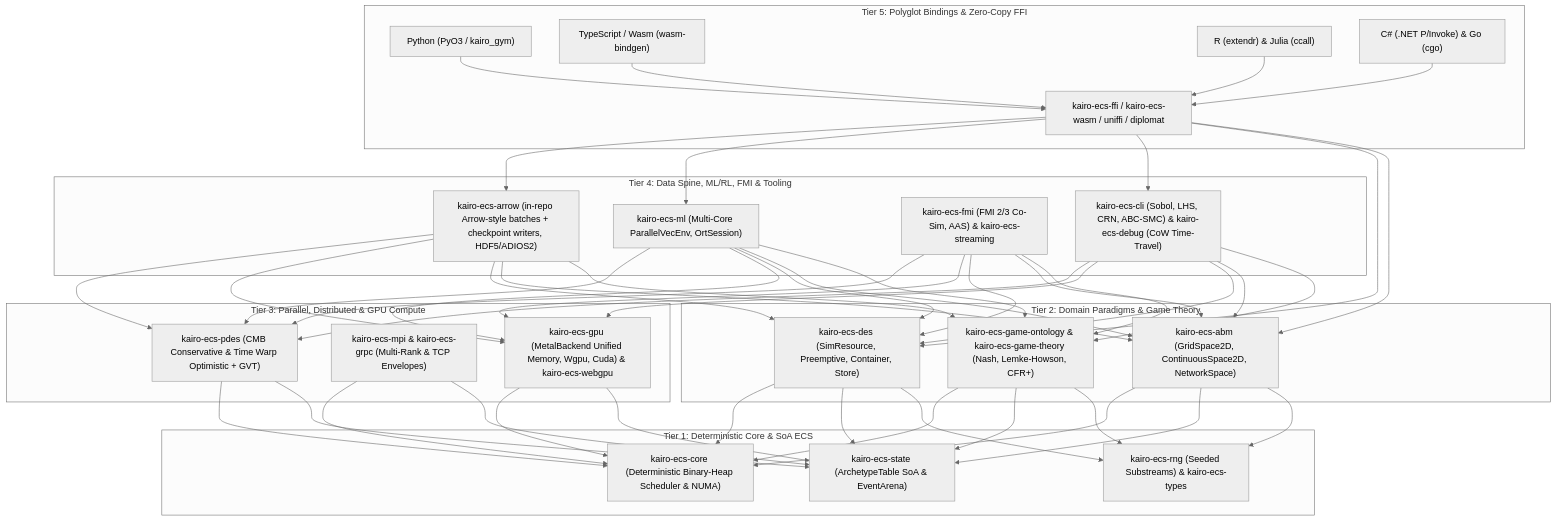
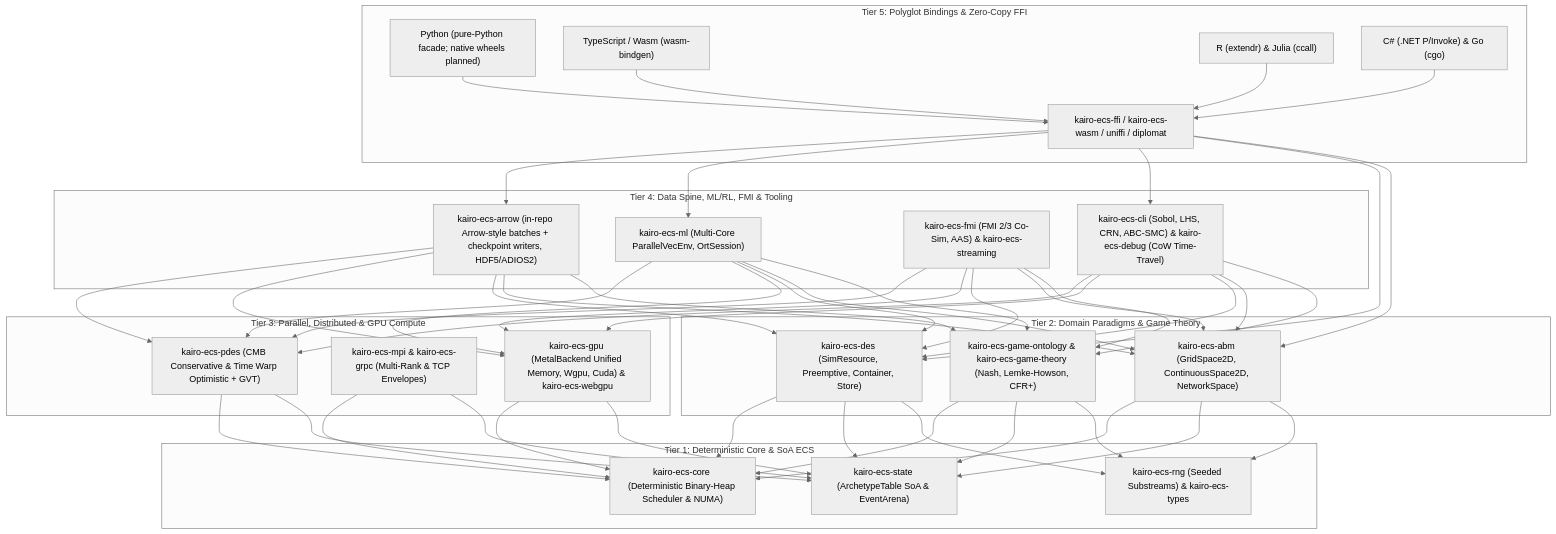
One commit to edithatogo/kairos changed the diagram in website/src/content/docs/architecture.md. Above: the diagram before and after it, drawn with Mermaid (neutral theme). The commit also changed other lines of this file and 1 other file, not shown here.

Commit message:
docs: remove remaining kairo_gym/PyO3/Arrow 53 overclaims

````diff
--- a/website/src/content/docs/architecture.md
+++ b/website/src/content/docs/architecture.md
@@ -70,41 +70,41 @@
 ```mermaid
 flowchart TD
     subgraph T5["Tier 5: Polyglot Bindings & Zero-Copy FFI"]
-        PY["Python (PyO3 / kairo_gym)"]
+        PY["Python (pure-Python facade; native wheels planned)"]
         TS["TypeScript / Wasm (wasm-bindgen)"]
         RL["R (extendr) & Julia (ccall)"]
         CS["C# (.NET P/Invoke) & Go (cgo)"]
         FFI["kairo-ecs-ffi / kairo-ecs-wasm / uniffi / diplomat"]
         PY & TS & RL & CS --> FFI
     end
 
     subgraph T4["Tier 4: Data Spine, ML/RL, FMI & Tooling"]
         ARR["kairo-ecs-arrow (in-repo Arrow-style batches + checkpoint writers, HDF5/ADIOS2)"]
         ML["kairo-ecs-ml (Multi-Core ParallelVecEnv, OrtSession)"]
         FMI["kairo-ecs-fmi (FMI 2/3 Co-Sim, AAS) & kairo-ecs-streaming"]
         CLI["kairo-ecs-cli (Sobol, LHS, CRN, ABC-SMC) & kairo-ecs-debug (CoW Time-Travel)"]
     end
 
     subgraph T3["Tier 3: Parallel, Distributed & GPU Compute"]
         PDES["kairo-ecs-pdes (CMB Conservative & Time Warp Optimistic + GVT)"]
         DIST["kairo-ecs-mpi & kairo-ecs-grpc (Multi-Rank & TCP Envelopes)"]
         GPU["kairo-ecs-gpu (MetalBackend Unified Memory, Wgpu, Cuda) & kairo-ecs-webgpu"]
     end
 
     subgraph T2["Tier 2: Domain Paradigms & Game Theory"]
         DES["kairo-ecs-des (SimResource, Preemptive, Container, Store)"]
         ABM["kairo-ecs-abm (GridSpace2D, ContinuousSpace2D, NetworkSpace)"]
         GT["kairo-ecs-game-ontology & kairo-ecs-game-theory (Nash, Lemke-Howson, CFR+)"]
     end
 
     subgraph T1["Tier 1: Deterministic Core & SoA ECS"]
         CORE["kairo-ecs-core (Deterministic Binary-Heap Scheduler & NUMA)"]
         STATE["kairo-ecs-state (ArchetypeTable SoA & EventArena)"]
         RNG["kairo-ecs-rng (Seeded Substreams) & kairo-ecs-types"]
     end
 
     FFI --> ARR & ML & CLI & DES & ABM
     ARR & ML & FMI & CLI --> PDES & GPU & DES & ABM & GT
     PDES & DIST & GPU --> CORE & STATE
     DES & ABM & GT --> CORE & STATE & RNG
 ```
````
